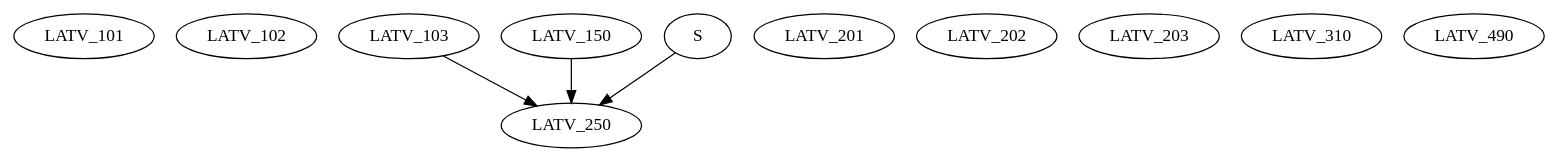
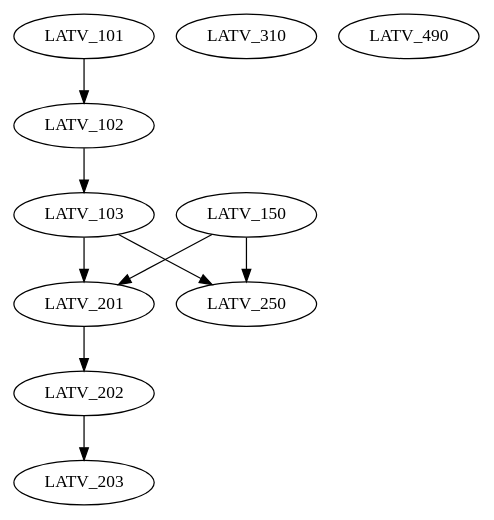
One commit to TxmszLou/uw-crsdep changed the diagram in graphviz/dot/latvian.dot. Above: the diagram before and after it, drawn with Graphviz. The commit also changed 676 other files, not shown here.

```diff
--- a/graphviz/dot/latvian.dot
+++ b/graphviz/dot/latvian.dot
@@ -1,15 +1,20 @@
 digraph G {
     LATV_101;
-    LATV_102;
-    LATV_103;
+    edge [color=black];
+    LATV_101 -> LATV_102;
+    edge [color=black];
+    LATV_102 -> LATV_103;
     LATV_150;
-    LATV_201;
-    LATV_202;
-    LATV_203;
+    edge [color=black];
+    LATV_103 -> LATV_201;
+    LATV_150 -> LATV_201;
+    edge [color=black];
+    LATV_201 -> LATV_202;
+    edge [color=black];
+    LATV_202 -> LATV_203;
     edge [color=black];
     LATV_103 -> LATV_250;
     LATV_150 -> LATV_250;
-    S -> LATV_250;
     LATV_310;
     LATV_490;
 }
```
